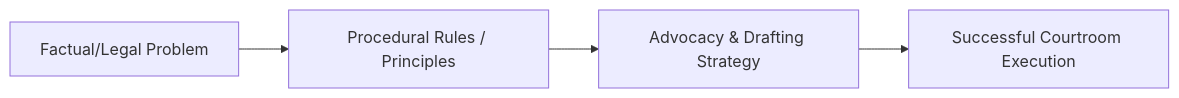
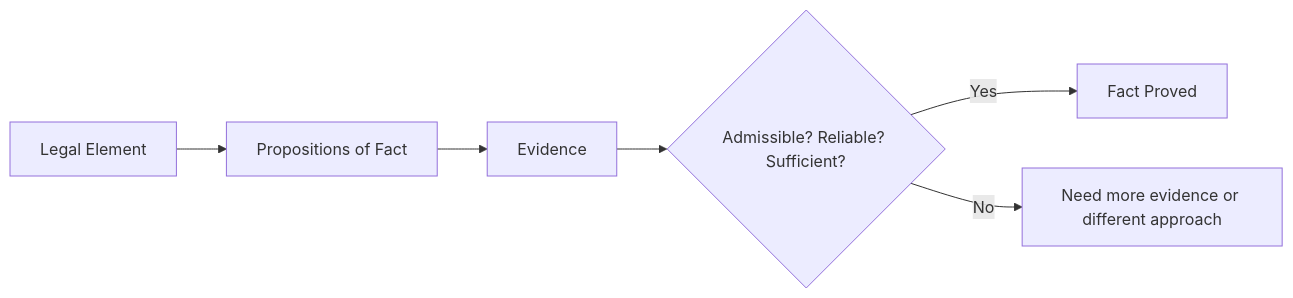
Before and after one commit to AVW7/Litigation-Skills-for-South-African-Lawyers: the second of 2 diagrams in vault/Lectures/L14 - Preparation for trial: Fact analysis and strategy.md, drawn with Mermaid. The commit also changed other lines of this file and 62 other files, not shown here.

Commit message:
feat: enhance lecture notes with visual diagrams, mindmaps, and interactive study tools to improve knowledge retention and navigation.

````diff
--- a/vault/Lectures/L14 - Preparation for trial: Fact analysis and strategy.md
+++ b/vault/Lectures/L14 - Preparation for trial: Fact analysis and strategy.md
@@ -17,6 +67,8 @@
 ```mermaid
 graph LR
-    A["Factual/Legal Problem"] --> B["Procedural Rules / Principles"]
-    B --> C["Advocacy & Drafting Strategy"]
-    C --> D["Successful Courtroom Execution"]
+    A["Legal Element"] --> B["Propositions of Fact"]
+    B --> C["Evidence"]
+    C --> D{"Admissible? Reliable? Sufficient?"}
+    D -->|Yes| E["Fact Proved"]
+    D -->|No| F["Need more evidence or different approach"]
 ```
````
